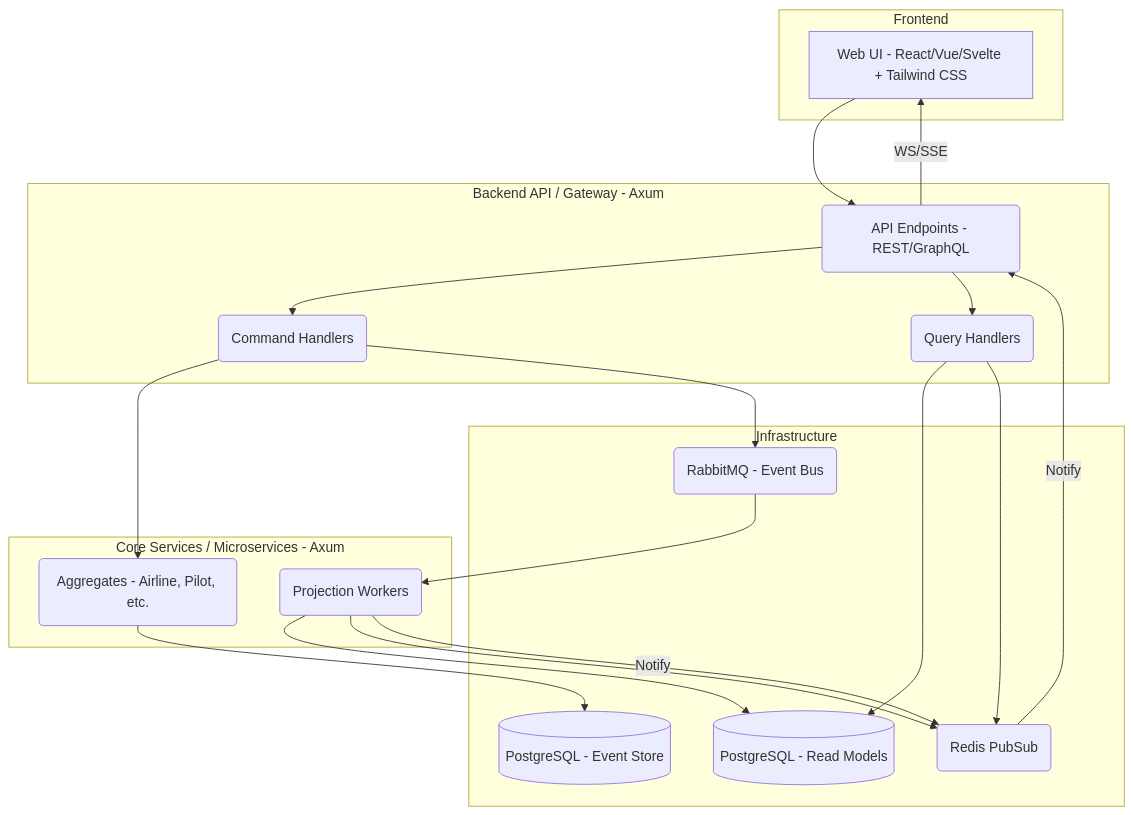
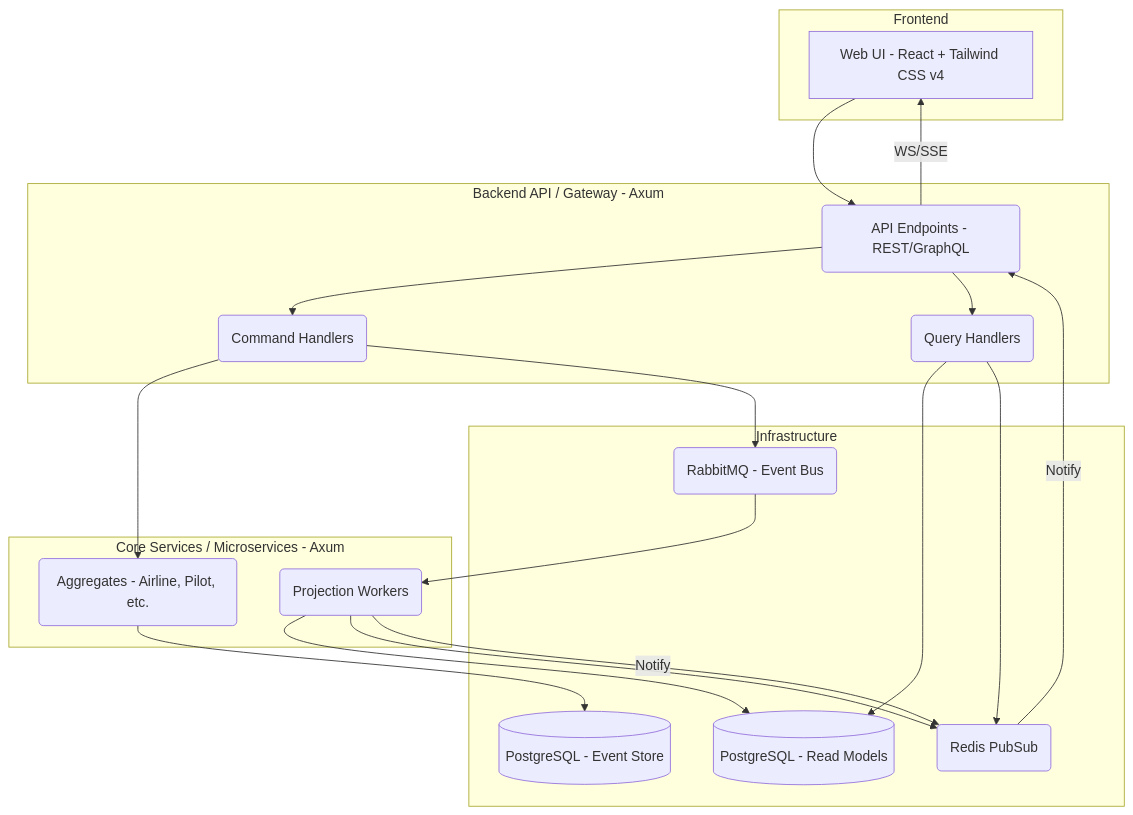
The diagram in memory-bank/systemPatterns.md (magne/albatross), drawn with Mermaid before and after one commit. The commit also changed other lines of this file and 38 other files, not shown here.

````diff
--- a/memory-bank/systemPatterns.md
+++ b/memory-bank/systemPatterns.md
@@ -23,39 +23,39 @@
     ```mermaid
     graph TD
         subgraph Frontend
-            F[Web UI - React/Vue/Svelte + Tailwind CSS]
+            F[Web UI - React + Tailwind CSS v4]
         end
 
         subgraph Backend API / Gateway [Backend API / Gateway - Axum]
             API(API Endpoints - REST/GraphQL)
             CmdH(Command Handlers)
             QueryH(Query Handlers)
         end
 
         subgraph Core Services / Microservices [Core Services / Microservices - Axum]
             Agg(Aggregates - Airline, Pilot, etc.)
             ProjW(Projection Workers)
         end
 
         subgraph Infrastructure
             ES_DB[(PostgreSQL - Event Store)]
             RM_DB[(PostgreSQL - Read Models)]
             MQ(RabbitMQ - Event Bus)
             Cache(Redis - Cache / PubSub)
         end
 
         F --> API;
         API --> CmdH;
         API --> QueryH;
         CmdH --> Agg;
         Agg --> ES_DB;
         CmdH --> MQ;
         QueryH --> RM_DB;
         QueryH --> Cache;
         MQ --> ProjW;
         ProjW --> RM_DB;
         ProjW --> Cache;
         ProjW -->|Notify| Cache(Redis PubSub);
         Cache -->|Notify| API;
         API -->|WS/SSE| F;
     ```
````
